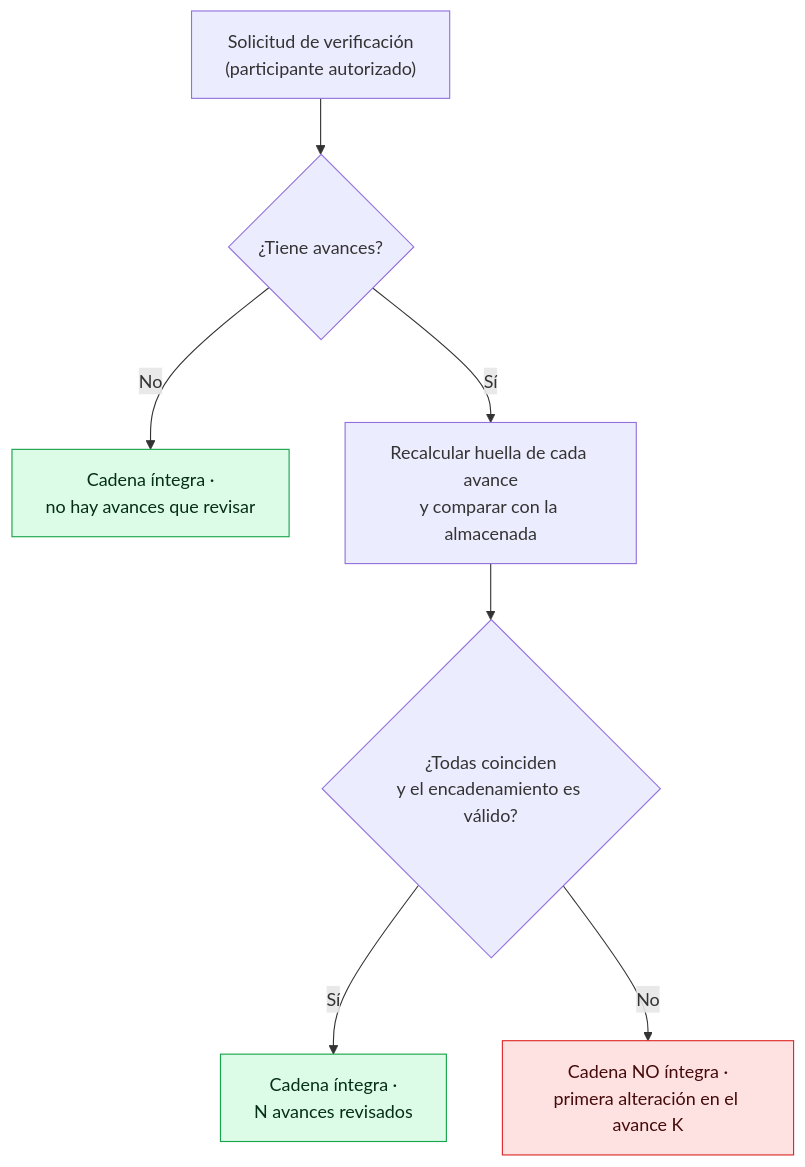
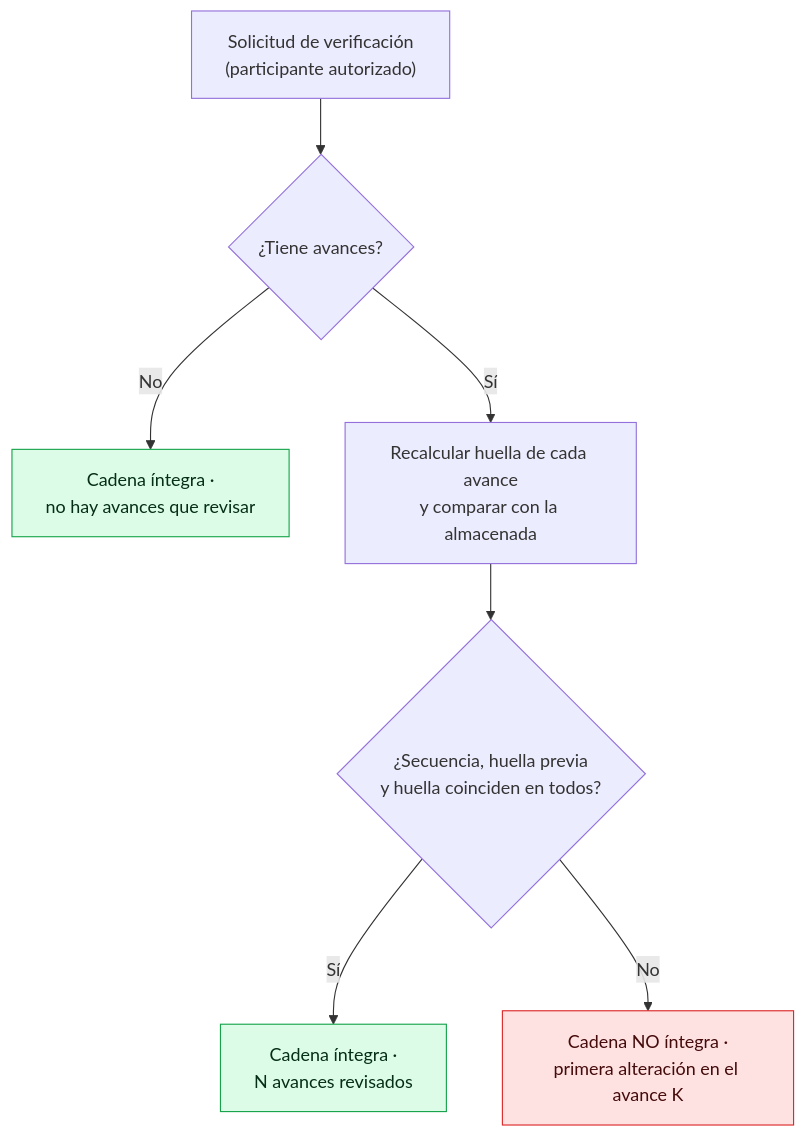
The fourth of 5 diagrams in docs/diagramas/03-dominio-ledger.md (JairoHGomezCastillo/hubx), drawn with Mermaid before and after one commit. The commit also changed other lines of this file and 6 other files, not shown here.

Commit message:
[agent:hubx-lead] 011 update docs/diagramas to the current state

````diff
--- a/docs/diagramas/03-dominio-ledger.md
+++ b/docs/diagramas/03-dominio-ledger.md
@@ -98,14 +106,14 @@
 ```mermaid
 flowchart TB
     START["Solicitud de verificación<br/>(participante autorizado)"] --> EMPTY{"¿Tiene avances?"}
     EMPTY -->|No| OK0["Cadena íntegra ·<br/>no hay avances que revisar"]
     EMPTY -->|Sí| LOOP["Recalcular huella de cada avance<br/>y comparar con la almacenada"]
-    LOOP --> MATCH{"¿Todas coinciden<br/>y el encadenamiento es válido?"}
+    LOOP --> MATCH{"¿Secuencia, huella previa<br/>y huella coinciden en todos?"}
     MATCH -->|Sí| OKN["Cadena íntegra ·<br/>N avances revisados"]
     MATCH -->|No| BAD["Cadena NO íntegra ·<br/>primera alteración en el avance K"]
 
     classDef ok fill:#dcfce7,stroke:#16a34a,color:#052e16;
     classDef bad fill:#fee2e2,stroke:#dc2626,color:#450a0a;
     class OK0,OKN ok;
     class BAD bad;
 ```
````
